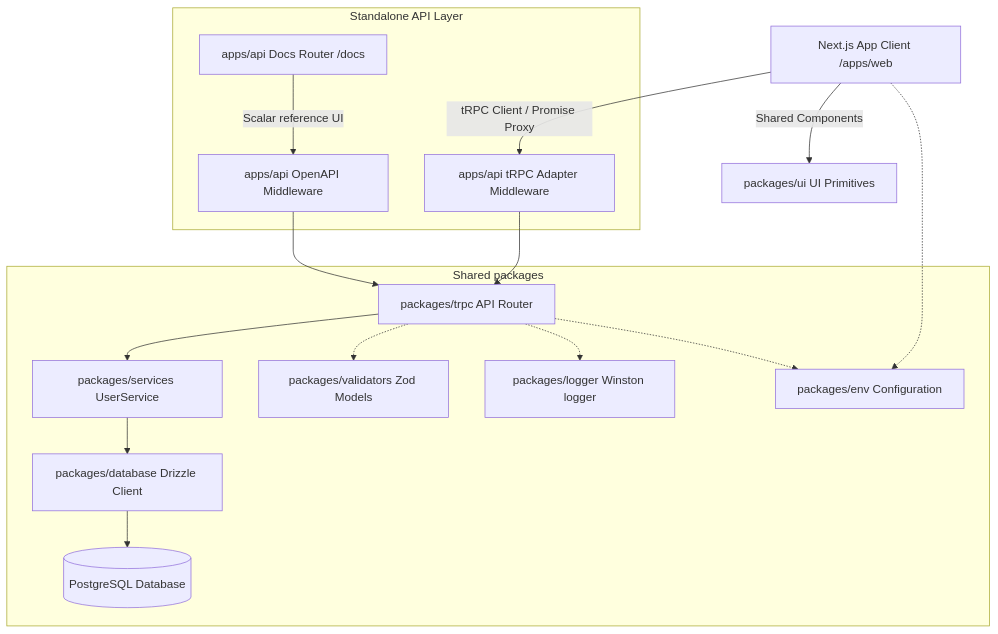
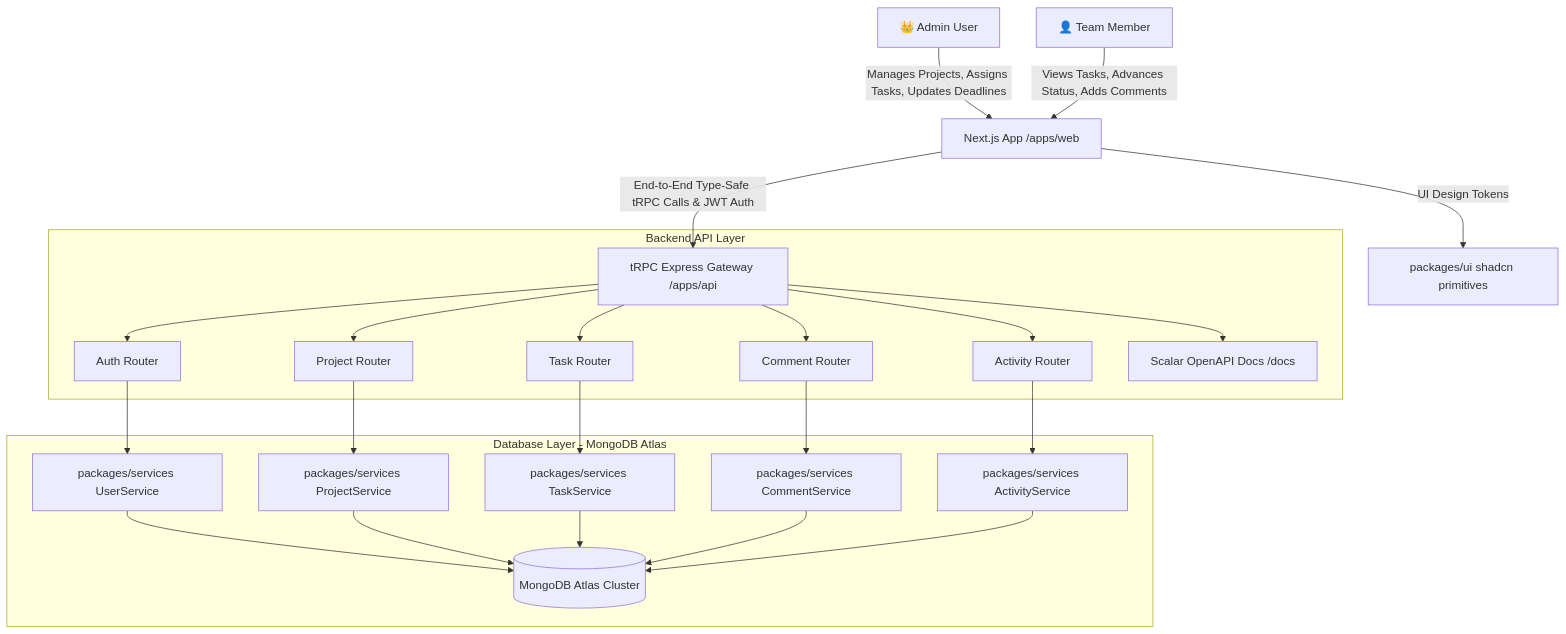
One commit to HimanshuTamoli24/fullstack-assignment changed the first of 2 diagrams in README.md. Above: the diagram before and after it, drawn with Mermaid. The commit also changed other lines of this file and 47 other files, not shown here.

Commit message:
feat: complete team project & task management app with mongodb, role-based auth, deadline revision history, kanban, and docs

````diff
--- a/README.md
+++ b/README.md
@@ -17,33 +62,36 @@
 ```mermaid
 graph TD
-    %% Clients
-    WebClient[Next.js App Client /apps/web] -->|tRPC Client / Promise Proxy| TRPCExpressAdaptor
-    WebClient -->|Shared Components| UI[packages/ui UI Primitives]
+    %% User Interfaces
+    Admin[👑 Admin User] -->|Manages Projects, Assigns Tasks, Updates Deadlines| WebApp[Next.js App /apps/web]
+    Member[👤 Team Member] -->|Views Tasks, Advances Status, Adds Comments| WebApp
 
-    %% API Server
-    subgraph ExpressServer [Standalone API Layer]
-        TRPCExpressAdaptor[apps/api tRPC Adapter Middleware]
-        OpenApiRouter[apps/api OpenAPI Middleware]
-        DocsRouter[apps/api Docs Router /docs]
+    %% Frontend to Backend
+    WebApp -->|End-to-End Type-Safe tRPC Calls & JWT Auth| APILayer[tRPC Express Gateway /apps/api]
+    WebApp -->|UI Design Tokens| UIPackage[packages/ui shadcn primitives]
+
+    %% API Layer
+    subgraph BackendGateway [Backend API Layer]
+        APILayer --> AuthRouter[Auth Router]
+        APILayer --> ProjectRouter[Project Router]
+        APILayer --> TaskRouter[Task Router]
+        APILayer --> CommentRouter[Comment Router]
+        APILayer --> ActivityRouter[Activity Router]
+        APILayer --> OpenAPIDocs[Scalar OpenAPI Docs /docs]
     end
 
-    TRPCExpressAdaptor --> ServerRouter[packages/trpc API Router]
-    OpenApiRouter --> ServerRouter
-    DocsRouter -->|Scalar reference UI| OpenApiRouter
+    %% Services & Business Logic
+    AuthRouter --> UserService[packages/services UserService]
+    ProjectRouter --> ProjectService[packages/services ProjectService]
+    TaskRouter --> TaskService[packages/services TaskService]
+    CommentRouter --> CommentService[packages/services CommentService]
+    ActivityRouter --> ActivityService[packages/services ActivityService]
 
-    %% Shared libraries
-    subgraph SharedLibraries [Shared packages]
-        ServerRouter --> UserService[packages/services UserService]
-        UserService --> DBClient[packages/database Drizzle Client]
-        DBClient --> Postgres[(PostgreSQL Database)]
-
-        EnvConfig[packages/env Configuration]
-        LoggerConfig[packages/logger Winston logger]
-        Validators[packages/validators Zod Models]
+    %% Database Connection
+    subgraph DatabaseLayer [Database Layer - MongoDB Atlas]
+        UserService --> MongoDB[(MongoDB Atlas Cluster)]
+        ProjectService --> MongoDB
+        TaskService --> MongoDB
+        CommentService --> MongoDB
+        ActivityService --> MongoDB
     end
-
-    ServerRouter -.-> Validators
-    ServerRouter -.-> LoggerConfig
-    ServerRouter -.-> EnvConfig
-    WebClient -.-> EnvConfig
 ```
````
